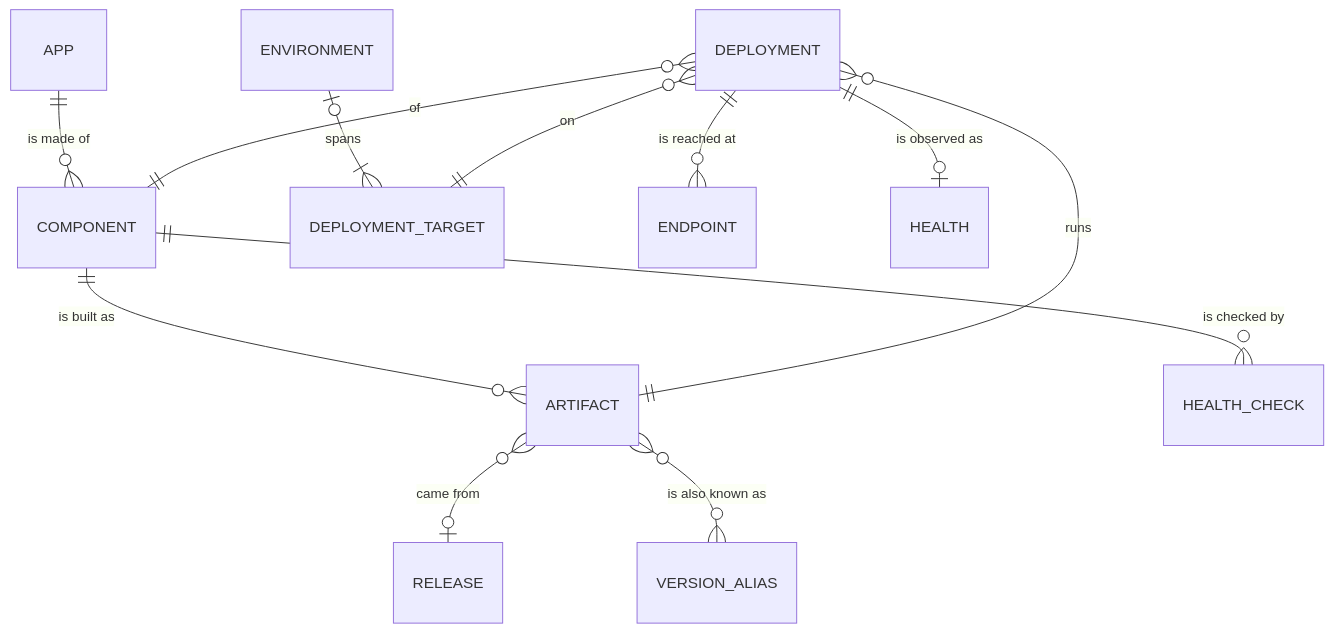
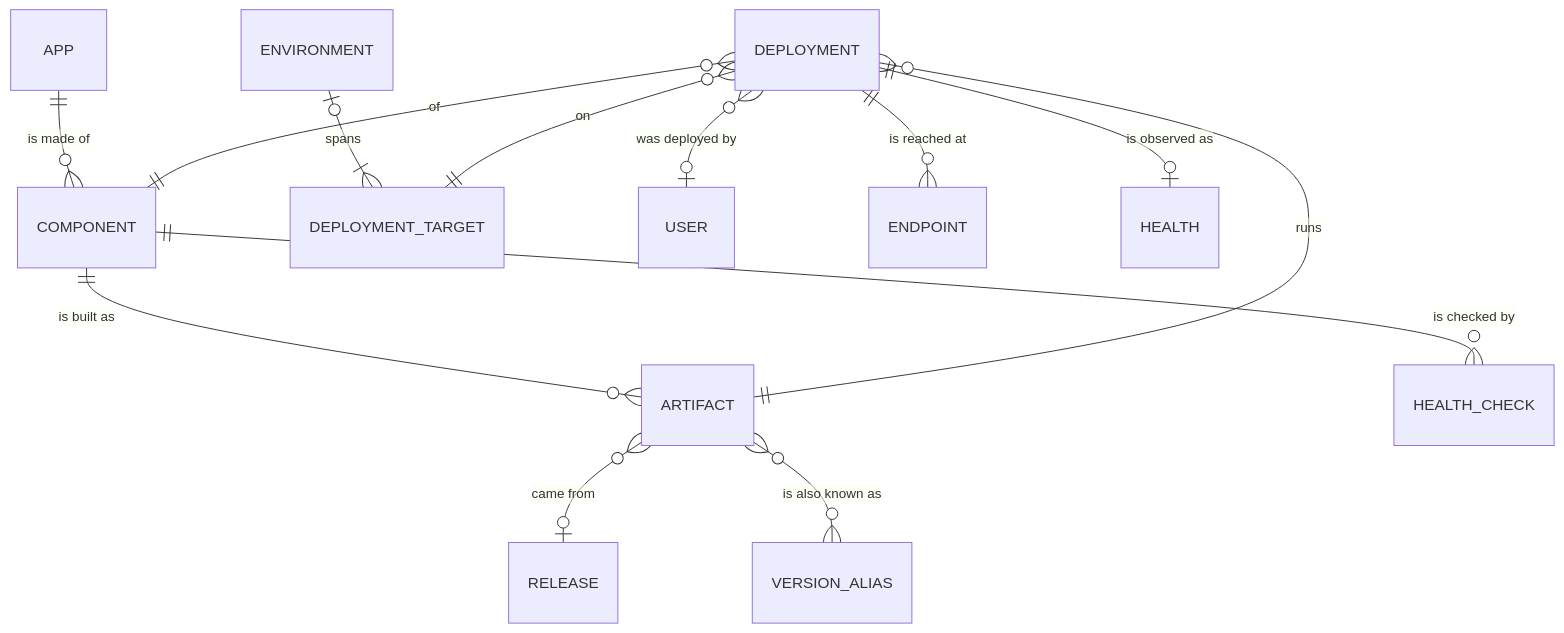
The diagram in CONTEXT.md (lislon/env-hopper), drawn with Mermaid before and after one commit. The commit also changed other lines of this file and 239 other files, not shown here.

First line of the commit message:
feat: deployment awareness - catalog of what is deployed where, with sources, streaming API and UI (#410)

````diff
--- a/CONTEXT.md
+++ b/CONTEXT.md
@@ -61,14 +68,15 @@
 ```mermaid
 erDiagram
   APP ||--o{ COMPONENT : "is made of"
   ENVIRONMENT |o--|{ DEPLOYMENT_TARGET : "spans"
   COMPONENT ||--o{ ARTIFACT : "is built as"
   ARTIFACT }o--o| RELEASE : "came from"
   ARTIFACT }o--o{ VERSION_ALIAS : "is also known as"
   DEPLOYMENT }o--|| COMPONENT : "of"
   DEPLOYMENT }o--|| DEPLOYMENT_TARGET : "on"
   DEPLOYMENT }o--|| ARTIFACT : "runs"
+  DEPLOYMENT }o--o| USER : "was deployed by"
   DEPLOYMENT ||--o{ ENDPOINT : "is reached at"
   DEPLOYMENT ||--o| HEALTH : "is observed as"
   COMPONENT ||--o{ HEALTH_CHECK : "is checked by"
 ```
````
